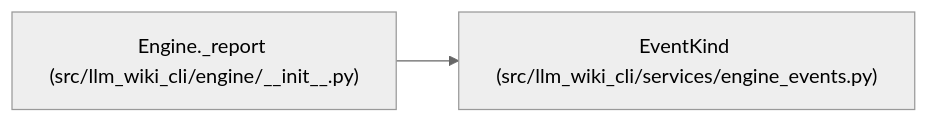
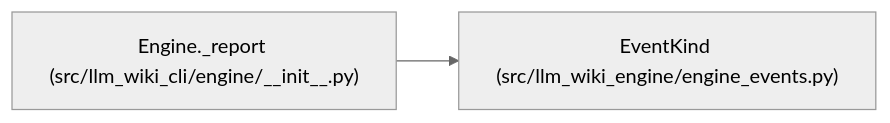
One commit to Denissvgn/python-wiki-llm changed the diagram in docs/llm_wiki/entities/EventKind.md. Above: the diagram before and after it, drawn with Mermaid (neutral theme). The commit also changed other lines of this file and 1103 other files, not shown here.

First line of the commit message:
docs: refresh the wiki for the llm-wiki-engine distribution

````diff
--- a/docs/llm_wiki/entities/EventKind.md
+++ b/docs/llm_wiki/entities/EventKind.md
@@ -24,8 +24,8 @@
 ```mermaid
 flowchart LR
-    n0["EventKind (src/llm_wiki_cli/services/engine_events.py)"]
+    n0["EventKind (src/llm_wiki_engine/engine_events.py)"]
     n1["Engine._report (src/llm_wiki_cli/engine/__init__.py)"]
     n1 --> n0
     click n0 "../modules/engine_events.md"
     click n1 "../modules/engine___init__.md"
 ```
````
